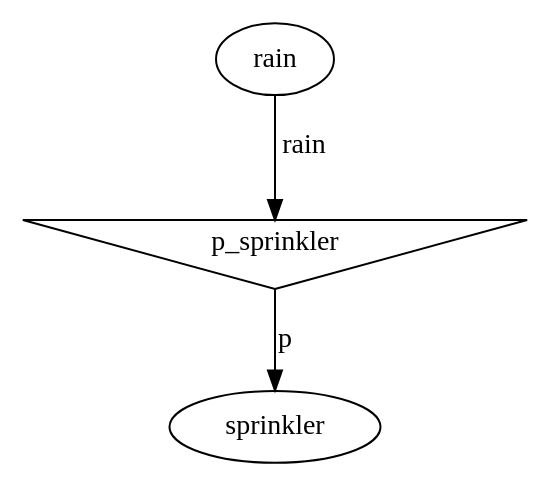
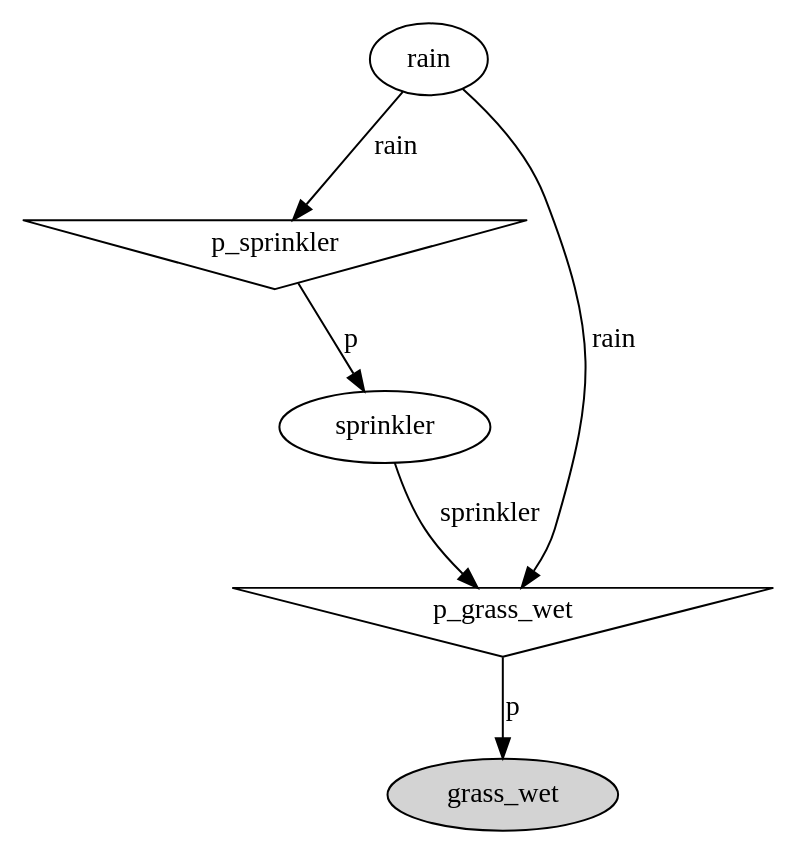
Before and after one commit to rolisanchez/ai-project-mcmc: the diagram in ex/container.dot, drawn with Graphviz. The commit also changed 9 other files, not shown here.

```diff
--- a/ex/container.dot
+++ b/ex/container.dot
@@ -1,7 +1,12 @@
 digraph G {
 sprinkler;
 p_sprinkler [shape=invtriangle];
 p_sprinkler -> sprinkler  [label=p];
 rain;
 rain -> p_sprinkler  [label=rain];
+grass_wet [style=filled];
+p_grass_wet [shape=invtriangle];
+p_grass_wet -> grass_wet  [label=p];
+sprinkler -> p_grass_wet  [label=sprinkler];
+rain -> p_grass_wet  [label=rain];
 }
```
